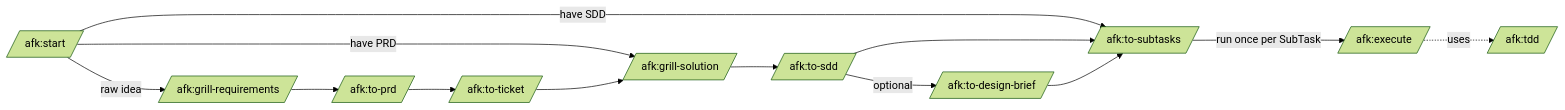
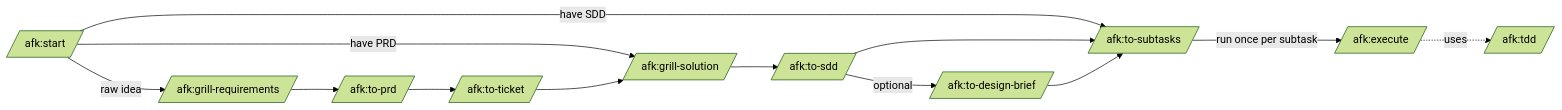
Before and after one commit to midnightblur/afk-driver: the diagram in skills/start/SKILL.md, drawn with Mermaid (forest theme). The commit also changed other lines of this file and 7 other files, not shown here.

````diff
--- a/skills/start/SKILL.md
+++ b/skills/start/SKILL.md
@@ -20,12 +20,12 @@
    ```mermaid
    graph LR
        Start[/afk:start/] -->|raw idea| Grill[/afk:grill-requirements/]
        Start -->|have PRD| AG[/afk:grill-solution/]
        Start -->|have SDD| Sub[/afk:to-subtasks/]
        Grill --> Prd[/afk:to-prd/] --> Ticket[/afk:to-ticket/] --> AG --> Sdd[/afk:to-sdd/]
        Sdd -->|optional| Brief[/afk:to-design-brief/]
        Sdd --> Sub
        Brief --> Sub
-       Sub -->|run once per SubTask| Exec[/afk:execute/]
+       Sub -->|run once per subtask| Exec[/afk:execute/]
        Exec -.uses.-> Tdd[/afk:tdd/]
    ```
````
